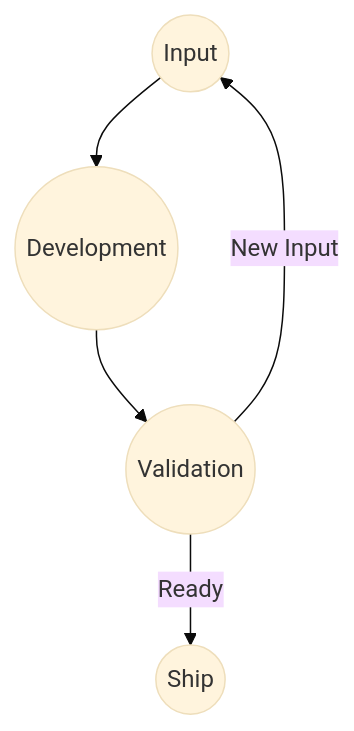
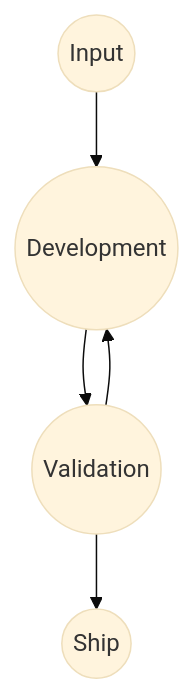
Before and after one commit to cuhmwxee/ship-it-framework: the diagram in docs/framework-diagram.md, drawn with Mermaid (base theme). The commit also changed other lines of this file and 7 other files, not shown here.

````diff
--- a/docs/framework-diagram.md
+++ b/docs/framework-diagram.md
@@ -5,16 +5,16 @@
 ```mermaid
 flowchart TD
 
 I((Input))
 
 D((Development))
 
 V((Validation))
 
 S((Ship))
 
 I --> D
 D --> V
-V -->|Ready| S
-V -->|New Input| I
+V --> S
+V --> D
 ```
````
